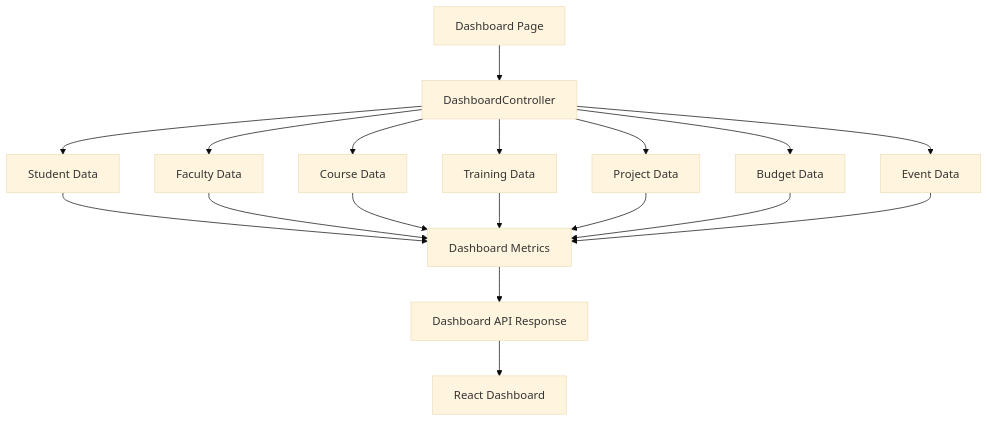
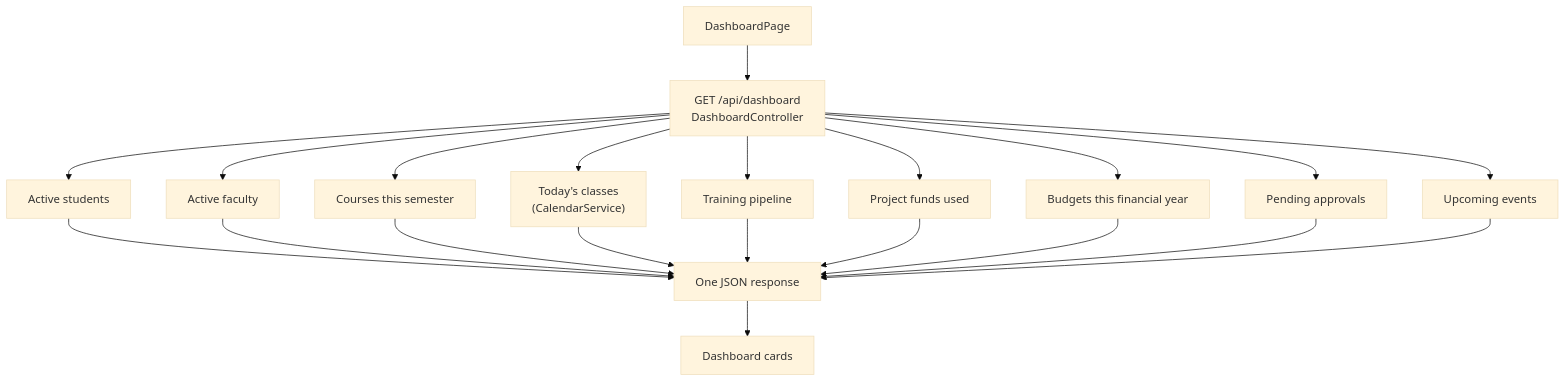
Before and after one commit to Git-punit/campus-erp: diagram 16 of 19 in README.md, drawn with Mermaid (base theme). The commit also changed other lines of this file, not shown here.

````diff
--- a/README.md
+++ b/README.md
@@ -726,24 +789,17 @@
 ```mermaid
 flowchart TD
-    A["Dashboard Page"]
-    A --> B["DashboardController"]
+    A["DashboardPage"] --> B["GET /api/dashboard<br/>DashboardController"]
 
-    B --> C["Student Data"]
-    B --> D["Faculty Data"]
-    B --> E["Course Data"]
-    B --> F["Training Data"]
-    B --> G["Project Data"]
-    B --> H["Budget Data"]
-    B --> I["Event Data"]
+    B --> C["Active students"]
+    B --> D["Active faculty"]
+    B --> E["Courses this semester"]
+    B --> T["Today's classes<br/>(CalendarService)"]
+    B --> F["Training pipeline"]
+    B --> G["Project funds used"]
+    B --> H["Budgets this financial year"]
+    B --> P["Pending approvals"]
+    B --> I["Upcoming events"]
 
-    C --> J["Dashboard Metrics"]
-    D --> J
-    E --> J
-    F --> J
-    G --> J
-    H --> J
-    I --> J
-
-    J --> K["Dashboard API Response"]
-    K --> L["React Dashboard"]
+    C & D & E & T & F & G & H & P & I --> K["One JSON response"]
+    K --> L["Dashboard cards"]
 ```
````
